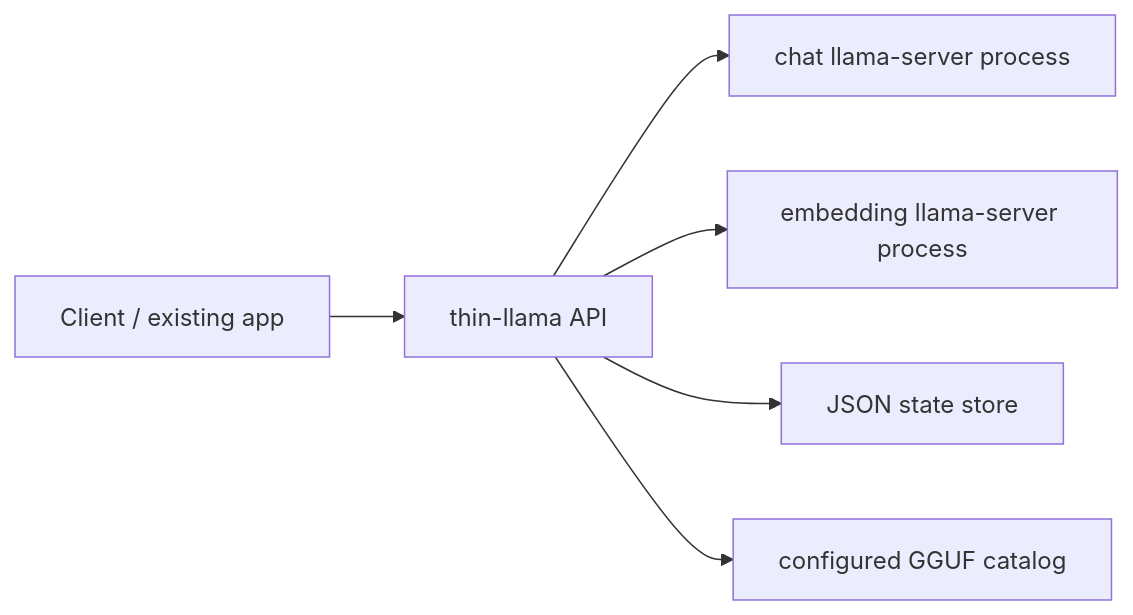
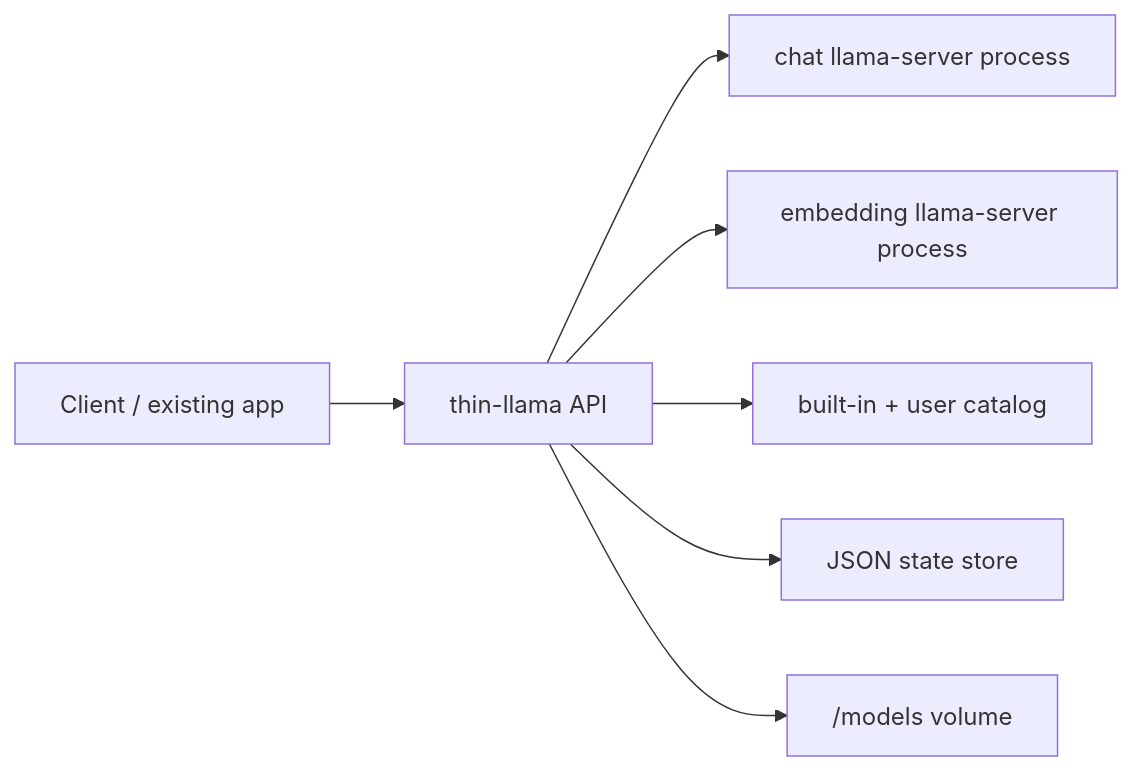
The diagram in README.md (krzysztofkotlowski/thin-llama), drawn with Mermaid before and after one commit. The commit also changed other lines of this file and 24 other files, not shown here.

````diff
--- a/README.md
+++ b/README.md
@@ -29,8 +35,9 @@
 ```mermaid
 flowchart LR
     Client["Client / existing app"] --> API["thin-llama API"]
     API --> Chat["chat llama-server process"]
     API --> Embed["embedding llama-server process"]
+    API --> Catalog["built-in + user catalog"]
     API --> State["JSON state store"]
-    API --> Models["configured GGUF catalog"]
+    API --> Models["/models volume"]
 ```
````
